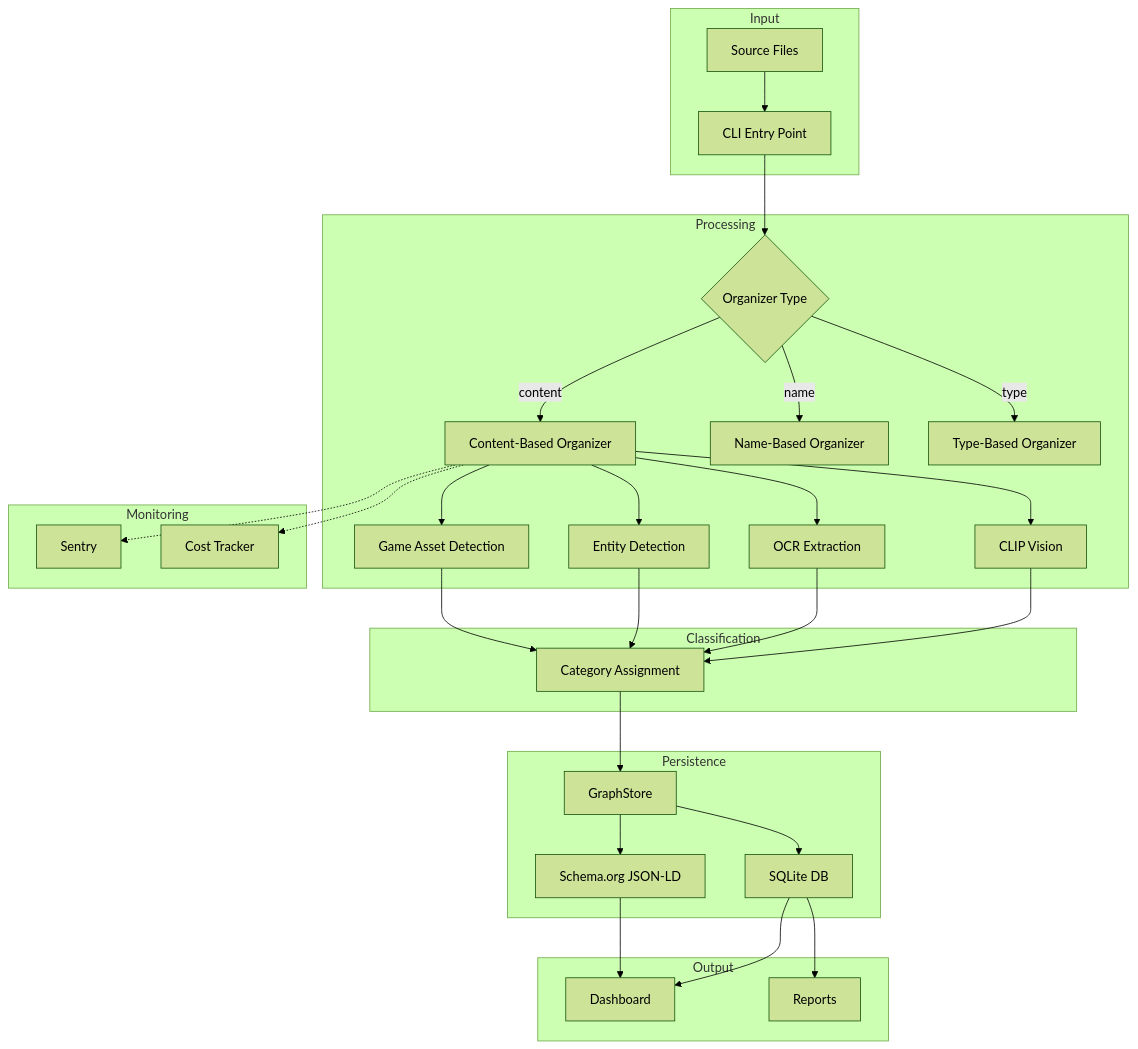
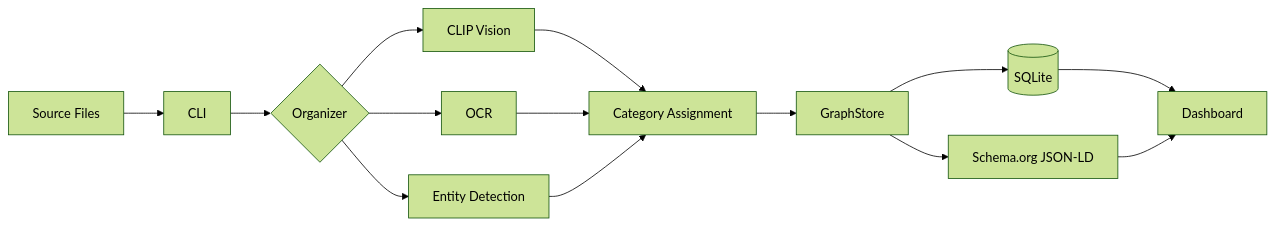
One commit to integritystudio/schema-org-file-system changed the diagram in README.md. Above: the diagram before and after it, drawn with Mermaid (forest theme). The commit also changed other lines of this file and 2 other files, not shown here.

````diff
--- a/README.md
+++ b/README.md
@@ -487,42 +35,13 @@
 ```mermaid
-flowchart TD
-    subgraph Input
-        A[Source Files] --> B[CLI Entry Point]
-    end
-
-    subgraph Processing
-        B --> C{Organizer Type}
-        C -->|content| D[Content-Based Organizer]
-        C -->|name| E[Name-Based Organizer]
-        C -->|type| F[Type-Based Organizer]
-
-        D --> G[CLIP Vision]
-        D --> H[OCR Extraction]
-        D --> I[Entity Detection]
-        D --> J[Game Asset Detection]
-    end
-
-    subgraph Classification
-        G --> K[Category Assignment]
-        H --> K
-        I --> K
-        J --> K
-    end
-
-    subgraph Persistence
-        K --> L[GraphStore]
-        L --> M[SQLite DB]
-        L --> N[Schema.org JSON-LD]
-    end
-
-    subgraph Output
-        M --> O[Dashboard]
-        N --> O
-        M --> P[Reports]
-    end
-
-    subgraph Monitoring
-        D -.-> Q[Sentry]
-        D -.-> R[Cost Tracker]
-    end
+flowchart LR
+    A[Source Files] --> B[CLI]
+    B --> C{Organizer}
+    C --> D[CLIP Vision]
+    C --> E[OCR]
+    C --> F[Entity Detection]
+    D & E & F --> G[Category Assignment]
+    G --> H[GraphStore]
+    H --> I[(SQLite)]
+    H --> J[Schema.org JSON-LD]
+    I & J --> K[Dashboard]
 ```
````
